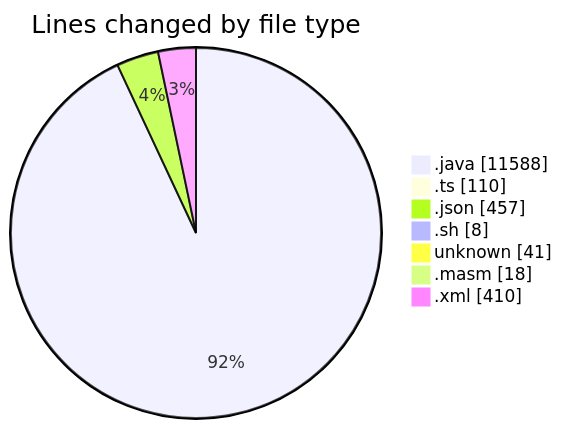
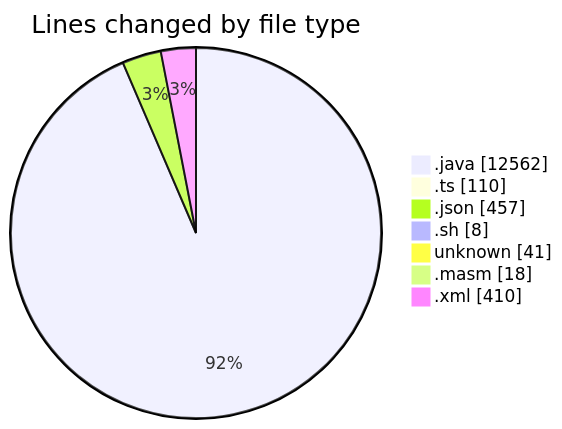
The first of 2 diagrams in 2025-02-20/micros/README.md (charlie-sans/code-tracking), drawn with Mermaid before and after one commit. The commit also changed other lines of this file and 1 other file, not shown here.

````diff
--- a/2025-02-20/micros/README.md
+++ b/2025-02-20/micros/README.md
@@ -56,11 +59,11 @@
 ```mermaid
 pie showData
 title Lines changed by file type
-".java" : 11588
+".java" : 12562
 ".ts" : 110
 ".json" : 457
 ".sh" : 8
 "unknown" : 41
 ".masm" : 18
 ".xml" : 410
 ```
````
